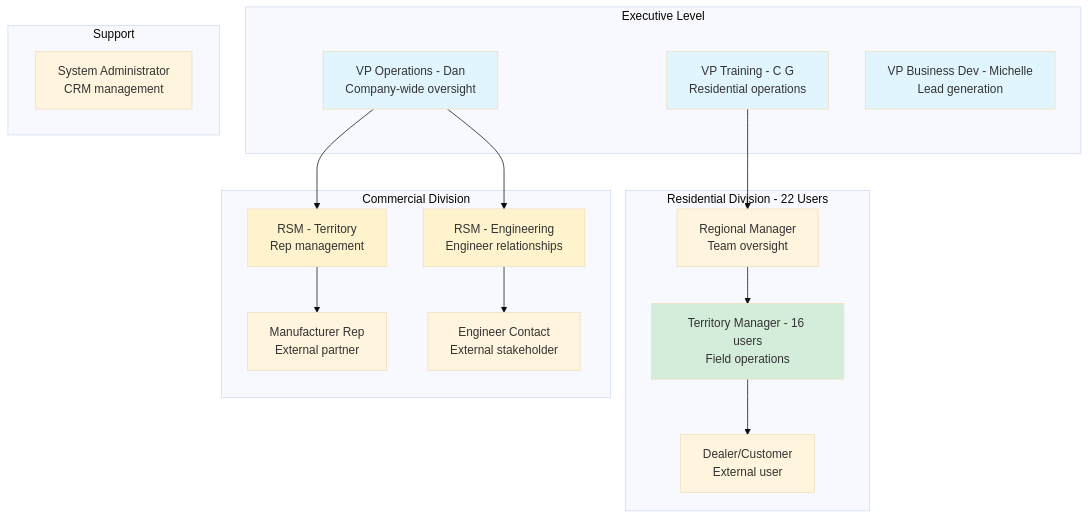
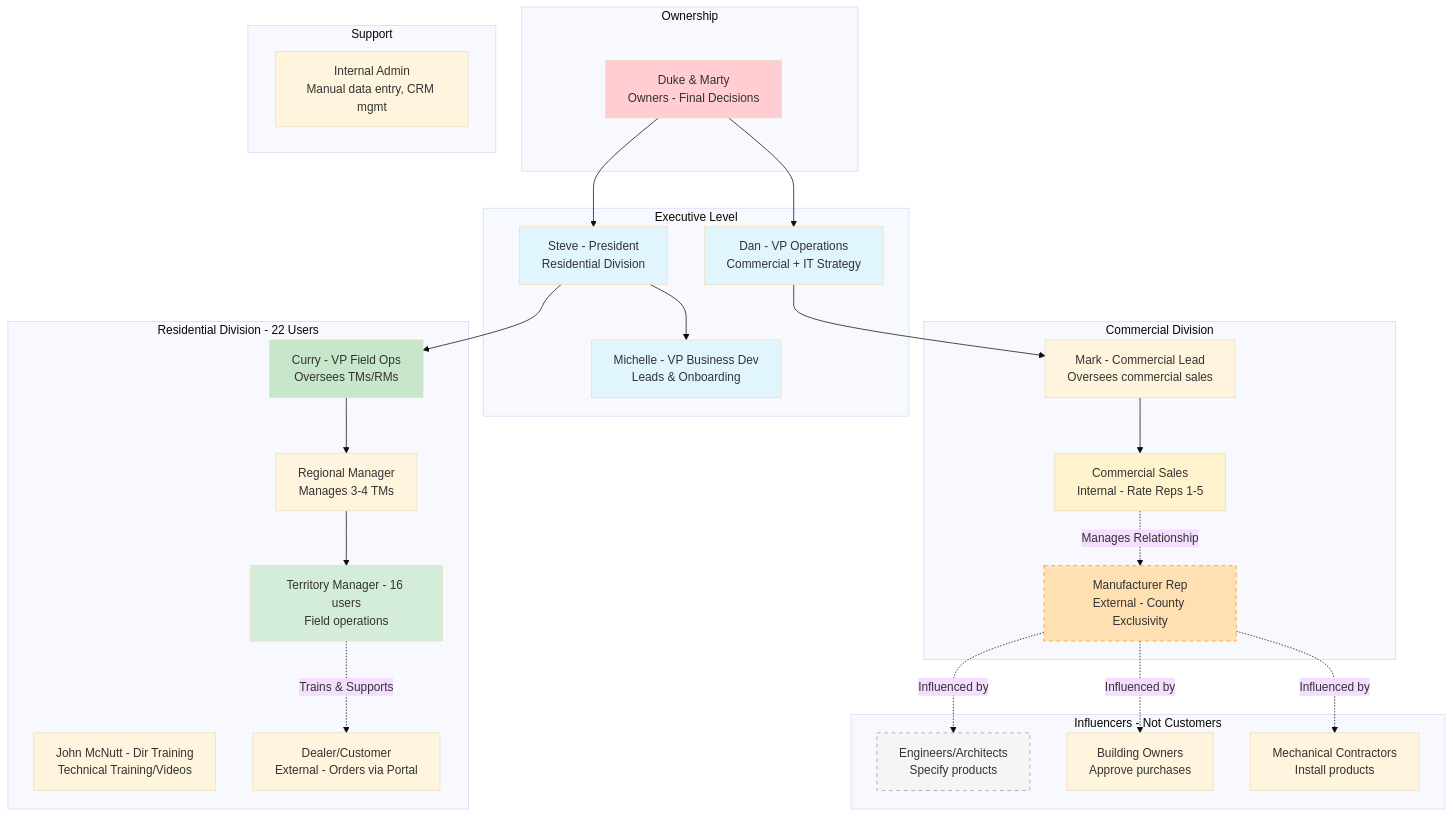
Before and after one commit to ahmadhassan91/dynamic-aqs: the first of 6 diagrams in docs/USER_PERSONAS.md, drawn with Mermaid (base theme). The commit also changed other lines of this file and 10 other files, not shown here.

````diff
--- a/docs/USER_PERSONAS.md
+++ b/docs/USER_PERSONAS.md
@@ -5,41 +5,63 @@
 ```mermaid
 graph TB
+    subgraph "Ownership"
+        OWNERS[Duke & Marty<br/>Owners - Final Decisions]
+    end
+    
     subgraph "Executive Level"
-        VP_OPS[VP Operations - Dan<br/>Company-wide oversight]
-        VP_TRAIN[VP Training - C G<br/>Residential operations]
-        VP_BD[VP Business Dev - Michelle<br/>Lead generation]
+        DAN[Dan - VP Operations<br/>Commercial + IT Strategy]
+        STEVE[Steve - President<br/>Residential Division]
+        MICHELLE[Michelle - VP Business Dev<br/>Leads & Onboarding]
     end
     
     subgraph "Residential Division - 22 Users"
-        RM[Regional Manager<br/>Team oversight]
+        CURRY[Curry - VP Field Ops<br/>Oversees TMs/RMs]
+        JOHN[John McNutt - Dir Training<br/>Technical Training/Videos]
+        RM[Regional Manager<br/>Manages 3-4 TMs]
         TM[Territory Manager - 16 users<br/>Field operations]
-        DEALER[Dealer/Customer<br/>External user]
+        DEALER[Dealer/Customer<br/>External - Orders via Portal]
         
-        VP_TRAIN --> RM
+        STEVE --> CURRY
+        STEVE --> MICHELLE
+        CURRY --> RM
         RM --> TM
-        TM --> DEALER
+        TM -.->|Trains & Supports| DEALER
     end
     
     subgraph "Commercial Division"
-        RSM_T[RSM - Territory<br/>Rep management]
-        RSM_E[RSM - Engineering<br/>Engineer relationships]
-        REP[Manufacturer Rep<br/>External partner]
-        ENG[Engineer Contact<br/>External stakeholder]
+        MARK[Mark - Commercial Lead<br/>Oversees commercial sales]
+        CSM[Commercial Sales<br/>Internal - Rate Reps 1-5]
+        REP[Manufacturer Rep<br/>External - County Exclusivity]
         
-        VP_OPS --> RSM_T
-        VP_OPS --> RSM_E
-        RSM_T --> REP
-        RSM_E --> ENG
+        DAN --> MARK
+        MARK --> CSM
+        CSM -.->|Manages Relationship| REP
+    end
+    
+    subgraph "Influencers - Not Customers"
+        ENG[Engineers/Architects<br/>Specify products]
+        BLDG[Building Owners<br/>Approve purchases]
+        MECH[Mechanical Contractors<br/>Install products]
+        
+        REP -.->|Influenced by| ENG
+        REP -.->|Influenced by| BLDG
+        REP -.->|Influenced by| MECH
     end
     
     subgraph "Support"
-        ADMIN[System Administrator<br/>CRM management]
+        ADMIN[Internal Admin<br/>Manual data entry, CRM mgmt]
     end
     
-    style VP_OPS fill:#e1f5ff
-    style VP_TRAIN fill:#e1f5ff
-    style VP_BD fill:#e1f5ff
+    OWNERS --> DAN
+    OWNERS --> STEVE
+    
+    style OWNERS fill:#ffcdd2
+    style DAN fill:#e1f5ff
+    style STEVE fill:#e1f5ff
+    style MICHELLE fill:#e1f5ff
+    style CURRY fill:#c8e6c9
     style TM fill:#d4edda
-    style RSM_T fill:#fff3cd
-    style RSM_E fill:#fff3cd
+    style CSM fill:#fff3cd
+    style REP fill:#ffe0b2,stroke:#ff9800,stroke-dasharray: 5 5
+    style ENG fill:#f5f5f5,stroke:#9e9e9e,stroke-dasharray: 5 5
 ```
````
